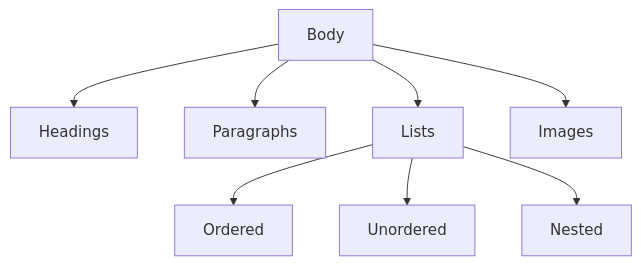
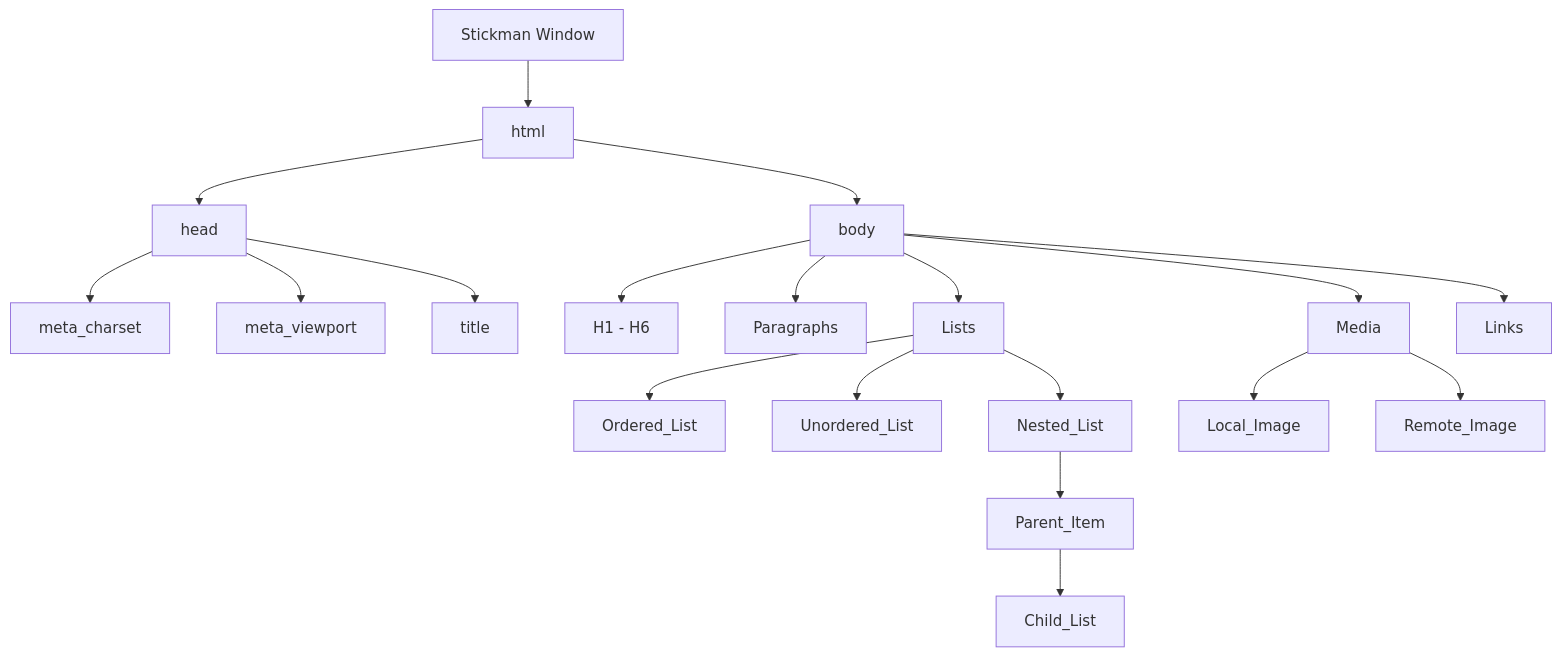
One commit to SonamNarula/ChaiCode-Dev-Cohort changed the diagram in README.md. Above: the diagram before and after it, drawn with Mermaid. The commit also changed other lines of this file, not shown here.

Commit message:
Docs: Enhance README with detailed Self Practice breakdown and DOM visualization

````diff
--- a/README.md
+++ b/README.md
@@ -44,10 +56,21 @@
     ```mermaid
     graph TD;
-      Body-->Headings;
-      Body-->Paragraphs;
-      Body-->Lists;
-      Lists-->Ordered;
-      Lists-->Unordered;
-      Lists-->Nested;
-      Body-->Images;
+      root[Stickman Window] --> html;
+      html --> head;
+      head --> meta_charset;
+      head --> meta_viewport;
+      head --> title;
+      html --> body;
+      body --> Headings[H1 - H6];
+      body --> Paragraphs;
+      body --> Lists;
+      Lists --> Ordered_List;
+      Lists --> Unordered_List;
+      Lists --> Nested_List;
+      Nested_List --> Parent_Item;
+      Parent_Item --> Child_List;
+      body --> Media;
+      Media --> Local_Image;
+      Media --> Remote_Image;
+      body --> Links;
     ```
````
